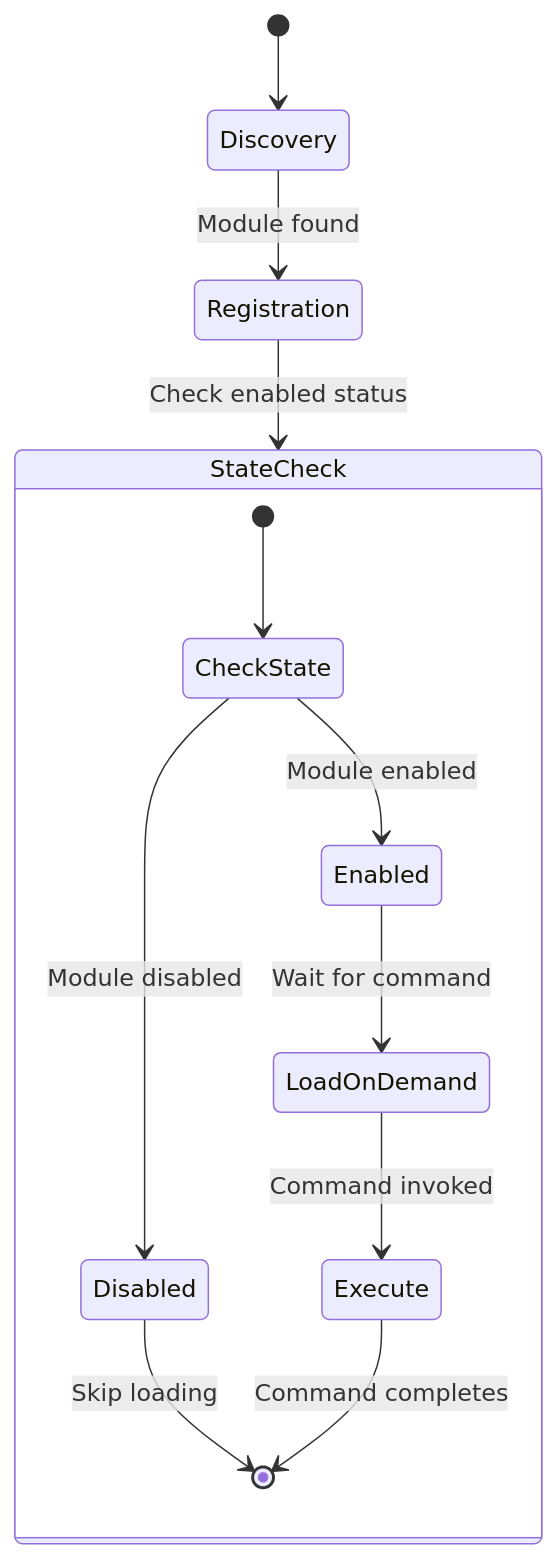
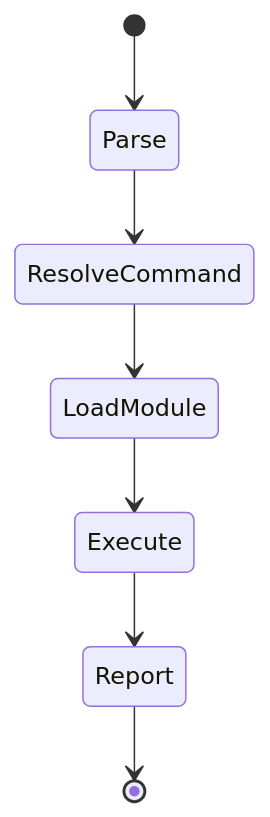
Before and after one commit to nold-ai/specfact-cli: the first of 2 diagrams in docs/architecture/state-machines.md, drawn with Mermaid. The commit also changed other lines of this file and 65 other files, not shown here.

Commit message:
chore(openspec): archive completed changes and align architecture docs

````diff
--- a/docs/architecture/state-machines.md
+++ b/docs/architecture/state-machines.md
@@ -30,18 +5,9 @@
 ```mermaid
 stateDiagram-v2
-    [*] --> Discovery
-    Discovery --> Registration: Module found
-    Registration --> StateCheck: Check enabled status
-    
-    state StateCheck {
-        [*] --> CheckState
-        CheckState --> Enabled: Module enabled
-        CheckState --> Disabled: Module disabled
-        
-        Enabled --> LoadOnDemand: Wait for command
-        Disabled --> [*]: Skip loading
-        
-        LoadOnDemand --> Execute: Command invoked
-        Execute --> [*]: Command completes
-    }
+    [*] --> Parse
+    Parse --> ResolveCommand
+    ResolveCommand --> LoadModule
+    LoadModule --> Execute
+    Execute --> Report
+    Report --> [*]
 ```
````
